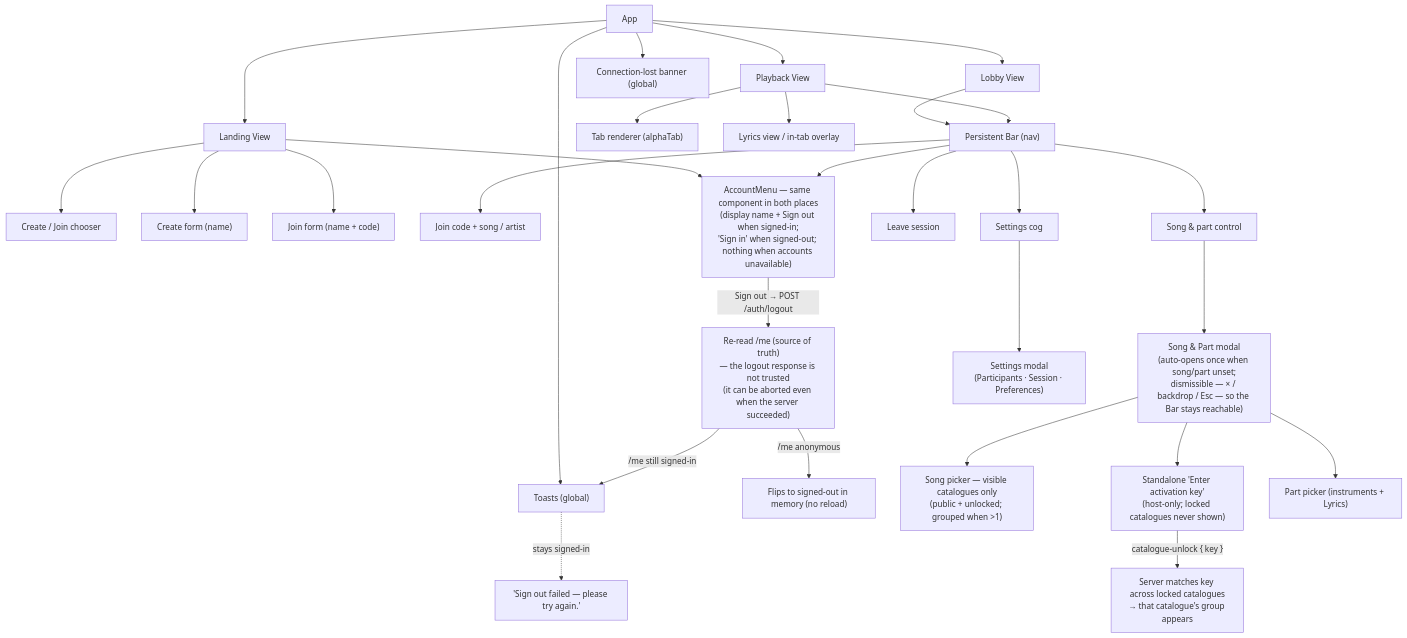
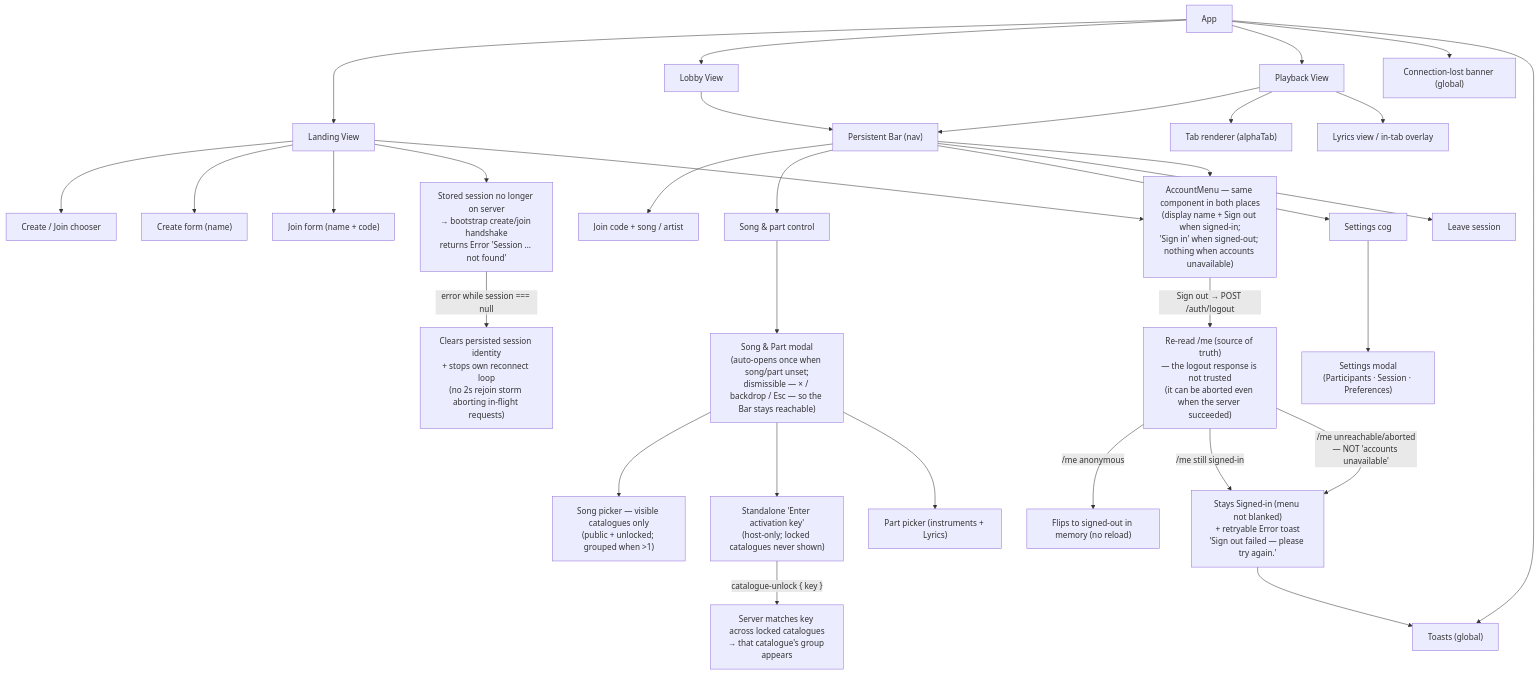
The third of 3 diagrams in README.md (kinda-bad/sync-tab-scroll), drawn with Mermaid before and after one commit. The commit also changed 1 other file, not shown here.

Commit message:
docs(ui): regen UI diagram — stale-session terminal handshake (F002) + /me-unreachable signout branch (F003)
Claude-Session: https://claude.ai/code/session_01LH6HsXJ9DUjtgf3faLnqHc

````diff
--- a/README.md
+++ b/README.md
@@ -343,36 +343,40 @@
 ```mermaid
 graph TD
     App --> Landing["Landing View"]
     App --> Lobby["Lobby View"]
     App --> Playback["Playback View"]
     App --> ConnBanner["Connection-lost banner (global)"]
     App --> Toasts["Toasts (global)"]
 
     Landing --> Chooser["Create / Join chooser"]
     Landing --> CreateForm["Create form (name)"]
     Landing --> JoinForm["Join form (name + code)"]
 
+    Landing --> StaleBoot["Stored session no longer on server<br/>→ bootstrap create/join handshake<br/>returns Error 'Session … not found'"]
+    StaleBoot -->|"error while session === null"| StaleClear["Clears persisted session identity<br/>+ stops own reconnect loop<br/>(no 2s rejoin storm aborting in-flight requests)"]
+
     Lobby --> Bar["Persistent Bar (nav)"]
     Playback --> Bar
     Bar --> JoinCodeId["Join code + song / artist"]
     Bar --> SongPartCtl["Song & part control"]
     Bar --> SettingsCog["Settings cog"]
     Bar --> Leave["Leave session"]
 
     Landing --> AccountMenu["AccountMenu — same component in both places<br/>(display name + Sign out when signed-in;<br/>'Sign in' when signed-out; nothing when accounts unavailable)"]
     Bar --> AccountMenu
     AccountMenu -->|"Sign out → POST /auth/logout"| MeCheck["Re-read /me (source of truth)<br/>— the logout response is not trusted<br/>(it can be aborted even when the server succeeded)"]
     MeCheck -->|"/me anonymous"| SignedOut["Flips to signed-out in memory (no reload)"]
-    MeCheck -->|"/me still signed-in"| Toasts
-    Toasts -.->|"stays signed-in"| SignOutErr["'Sign out failed — please try again.'"]
+    MeCheck -->|"/me still signed-in"| SignOutErr
+    MeCheck -->|"/me unreachable/aborted<br/>— NOT 'accounts unavailable'"| SignOutErr["Stays Signed-in (menu not blanked)<br/>+ retryable Error toast<br/>'Sign out failed — please try again.'"]
+    SignOutErr --> Toasts
 
     SongPartCtl --> Modal["Song & Part modal<br/>(auto-opens once when song/part unset;<br/>dismissible — × / backdrop / Esc — so the Bar stays reachable)"]
     Modal --> SongPicker["Song picker — visible catalogues only<br/>(public + unlocked; grouped when &gt;1)"]
     Modal --> KeyCtl["Standalone 'Enter activation key'<br/>(host-only; locked catalogues never shown)"]
     KeyCtl -->|"catalogue-unlock { key }"| Unlocked["Server matches key across locked catalogues<br/>→ that catalogue's group appears"]
     Modal --> PartPicker["Part picker (instruments + Lyrics)"]
 
     Playback --> TabRender["Tab renderer (alphaTab)"]
     Playback --> LyricsOverlay["Lyrics view / in-tab overlay"]
     SettingsCog --> SettingsModal["Settings modal<br/>(Participants · Session · Preferences)"]
 ```
````
